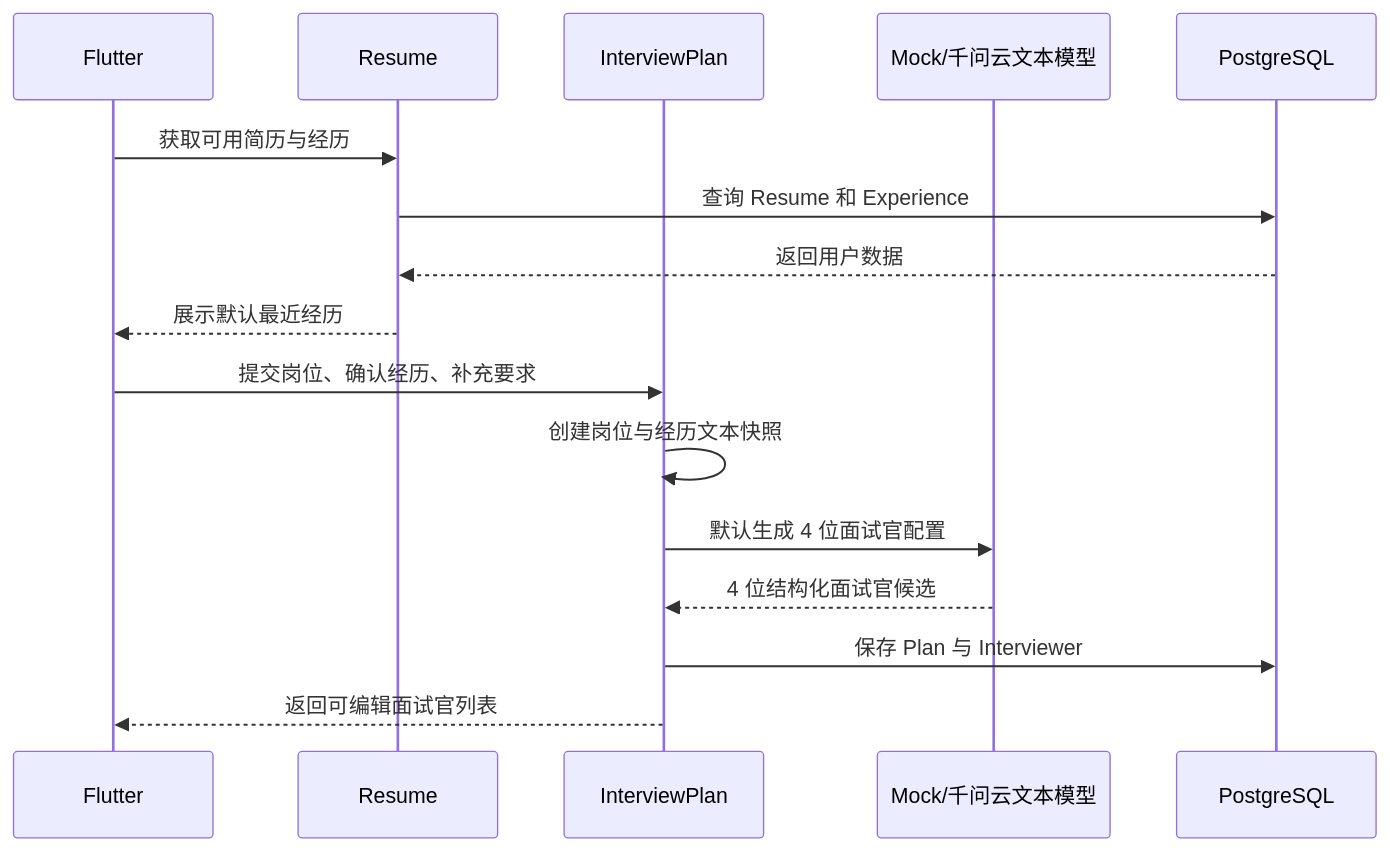
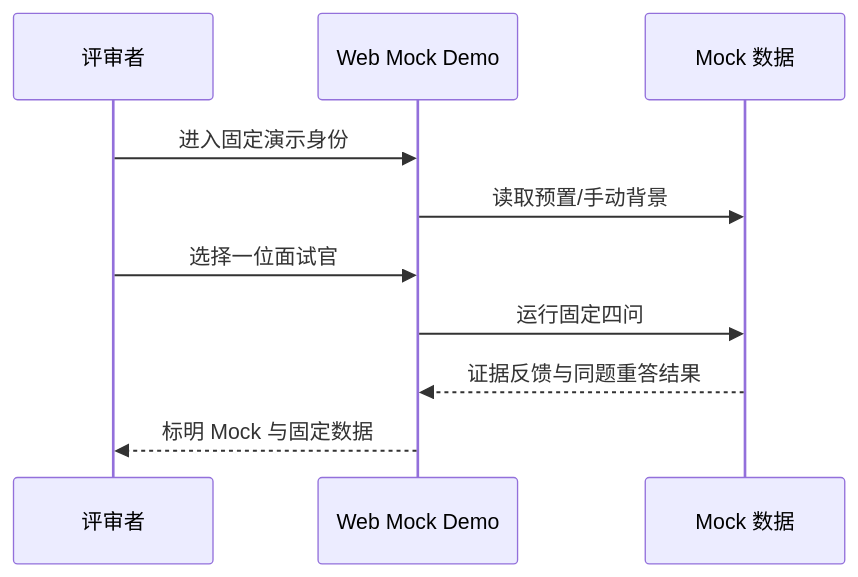
Before and after one commit to Lq0412/ai-en-coach: the third of 5 diagrams in docs/superpowers/specs/2026-07-14-ms1-system-architecture-design.md, drawn with Mermaid. The commit also changed other lines of this file and 2 other files, not shown here.

````diff
--- a/docs/superpowers/specs/2026-07-14-ms1-system-architecture-design.md
+++ b/docs/superpowers/specs/2026-07-14-ms1-system-architecture-design.md
@@ -353,19 +132,13 @@
 ```mermaid
 sequenceDiagram
-  participant F as Flutter
-  participant R as Resume
-  participant P as InterviewPlan
-  participant AI as Mock/千问云文本模型
-  participant DB as PostgreSQL
+  participant U as 评审者
+  participant W as Web Mock Demo
+  participant M as Mock 数据
 
-  F->>R: 获取可用简历与经历
-  R->>DB: 查询 Resume 和 Experience
-  DB-->>R: 返回用户数据
-  R-->>F: 展示默认最近经历
-  F->>P: 提交岗位、确认经历、补充要求
-  P->>P: 创建岗位与经历文本快照
-  P->>AI: 默认生成 4 位面试官配置
-  AI-->>P: 4 位结构化面试官候选
-  P->>DB: 保存 Plan 与 Interviewer
-  P-->>F: 返回可编辑面试官列表
+  U->>W: 进入固定演示身份
+  W->>M: 读取预置/手动背景
+  U->>W: 选择一位面试官
+  W->>M: 运行固定四问
+  M-->>W: 证据反馈与同题重答结果
+  W-->>U: 标明 Mock 与固定数据
 ```
````
